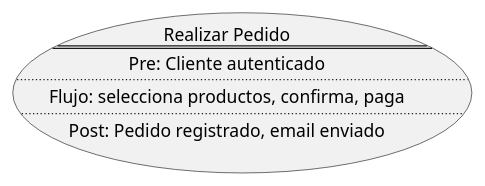
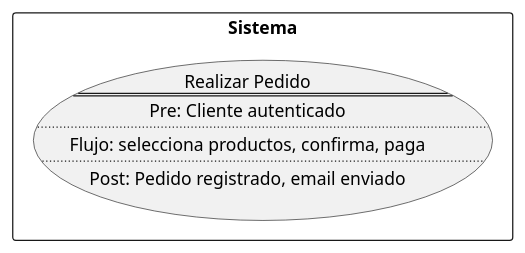
One commit to gaaguirrer/Clases changed diagram 11 of 26 in Ingeniería del Software I/Materiales/Introducción casos de uso.md. Above: the diagram before and after it, drawn with PlantUML. The commit also changed other lines of this file and 14 other files, not shown here.

````diff
--- a/Ingeniería del Software I/Materiales/Introducción casos de uso.md
+++ b/Ingeniería del Software I/Materiales/Introducción casos de uso.md
@@ -236,13 +299,15 @@
 ```plantuml
 @startuml
-usecase CU01 as "
-  Realizar Pedido
-  ==
-  Pre: Cliente autenticado
-  ..
-  Flujo: selecciona productos, confirma, paga
-  ..
-  Post: Pedido registrado, email enviado
-"
+rectangle "Sistema" {
+    usecase CU01 as "
+      Realizar Pedido
+      ==
+      Pre: Cliente autenticado
+      ..
+      Flujo: selecciona productos, confirma, paga
+      ..
+      Post: Pedido registrado, email enviado
+    "
+}
 @enduml
 ```
````
